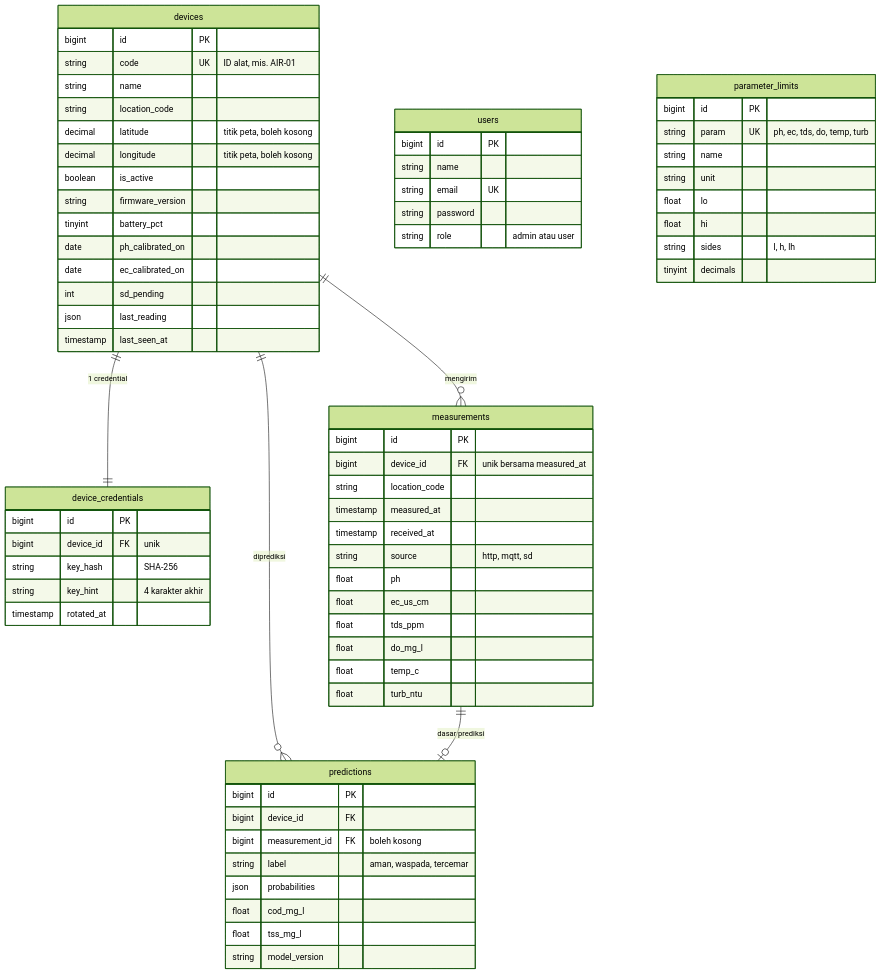
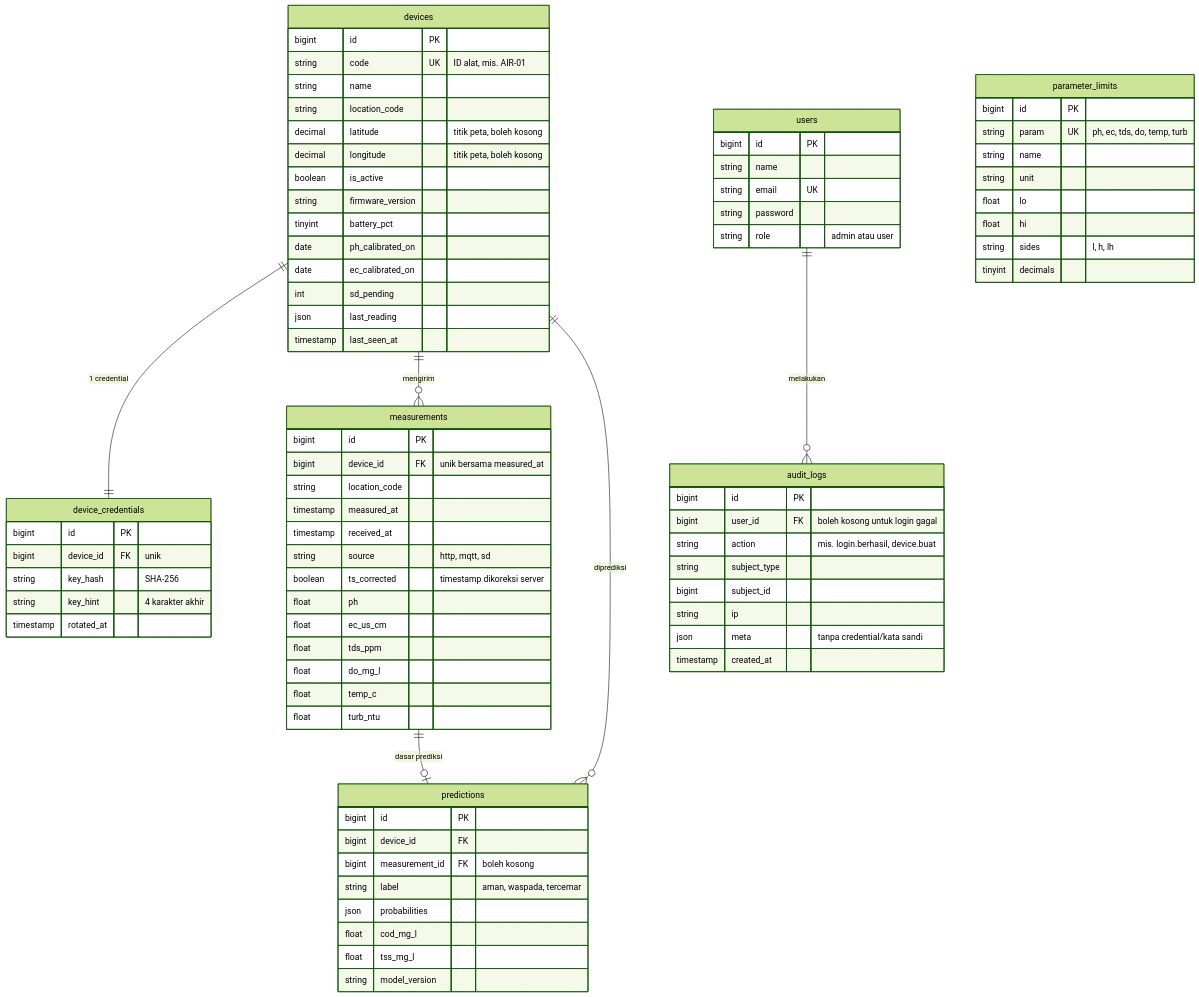
The diagram in airtracking/docs/skema-database.md (gathanega/airtracking), drawn with Mermaid (forest theme) before and after one commit. The commit also changed other lines of this file and 26 other files, not shown here.

````diff
--- a/airtracking/docs/skema-database.md
+++ b/airtracking/docs/skema-database.md
@@ -8,6 +8,7 @@
     devices ||--o{ measurements : "mengirim"
     devices ||--o{ predictions : "diprediksi"
     measurements ||--o| predictions : "dasar prediksi"
+    users ||--o{ audit_logs : "melakukan"
 
     users {
         bigint id PK
@@ -46,6 +47,7 @@
         timestamp measured_at
         timestamp received_at
         string source "http, mqtt, sd"
+        boolean ts_corrected "timestamp dikoreksi server"
         float ph
         float ec_us_cm
         float tds_ppm
@@ -73,4 +75,14 @@
         string sides "l, h, lh"
         tinyint decimals
     }
+    audit_logs {
+        bigint id PK
+        bigint user_id FK "boleh kosong untuk login gagal"
+        string action "mis. login.berhasil, device.buat"
+        string subject_type
+        bigint subject_id
+        string ip
+        json meta "tanpa credential/kata sandi"
+        timestamp created_at
+    }
 ```
````
